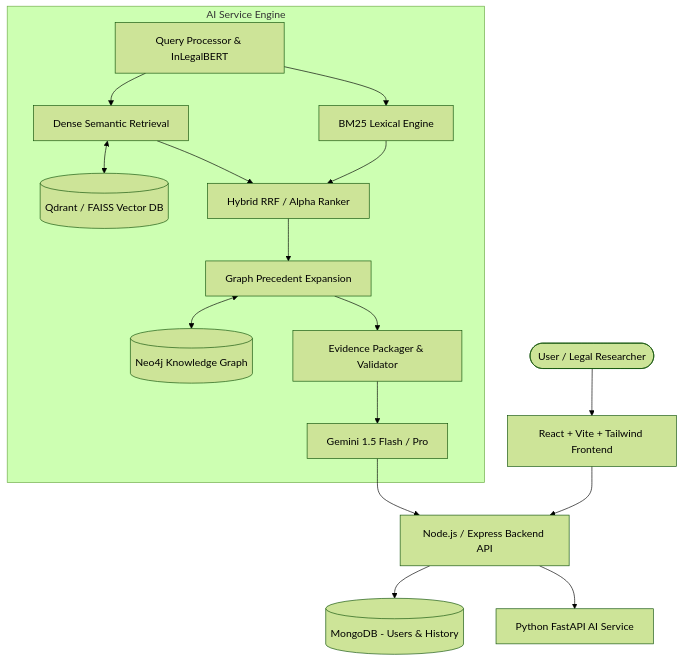
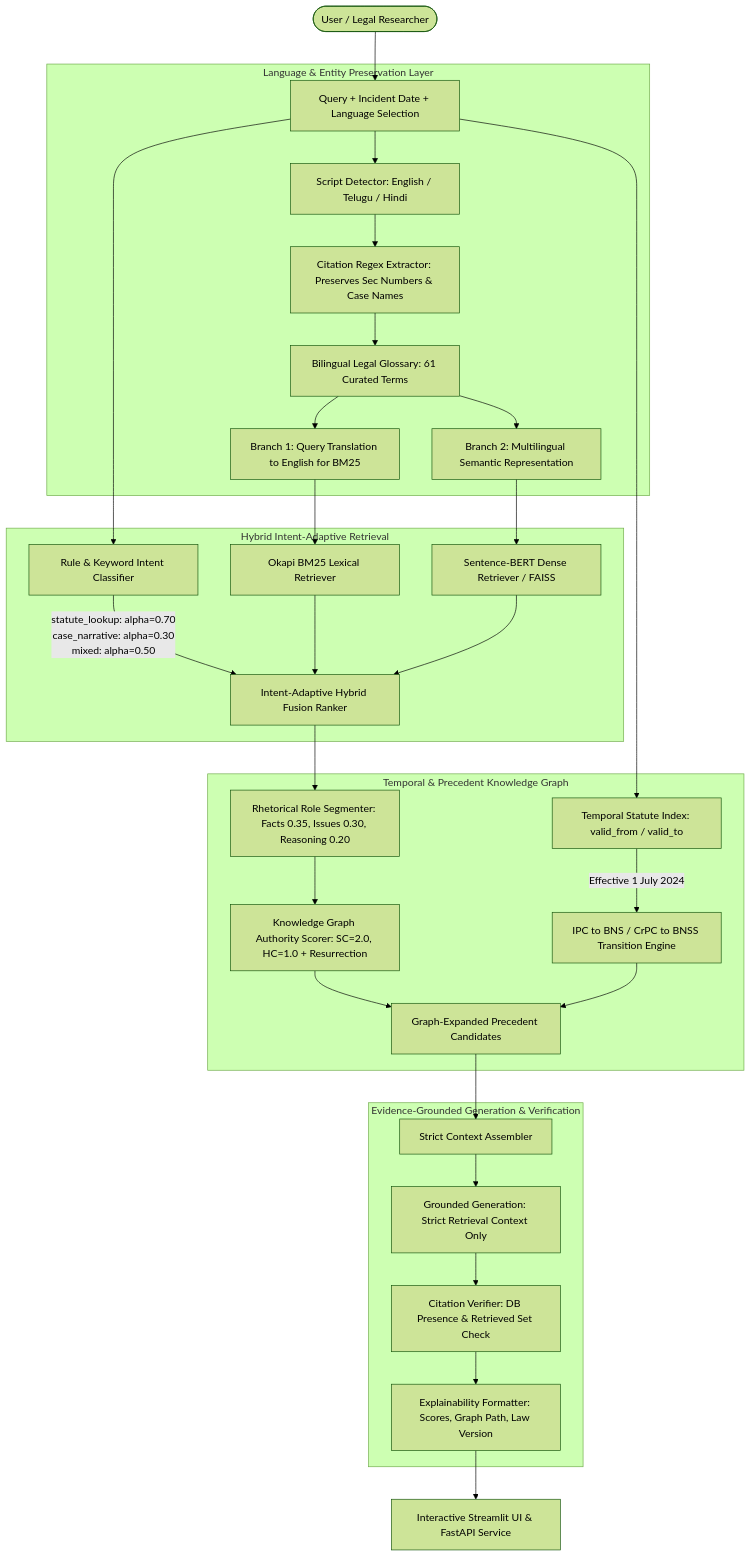
The diagram in README.md (VempatiBalaVeerabhadram/NyayaAI), drawn with Mermaid (forest theme) before and after one commit. The commit also changed other lines of this file and 1 other file, not shown here.

Commit message:
docs: finalize Phase 9 README, architecture diagram, and empirical benchmark report

````diff
--- a/README.md
+++ b/README.md
@@ -26,30 +47,39 @@
 ```mermaid
-graph TD
-    User([User / Legal Researcher]) --> Frontend[React + Vite + Tailwind Frontend]
-    Frontend --> Backend[Node.js / Express Backend API]
-    Backend --> Mongo[(MongoDB - Users & History)]
-    Backend --> AIService[Python FastAPI AI Service]
+flowchart TD
+    User([User / Legal Researcher]) --> Input[Query + Incident Date + Language Selection]
     
-    subgraph AI Service Engine
-        QueryProc[Query Processor & InLegalBERT]
-        BM25Ret[BM25 Lexical Engine]
-        DenseRet[Dense Semantic Retrieval]
-        QdrantDB[(Qdrant / FAISS Vector DB)]
-        Neo4jKG[(Neo4j Knowledge Graph)]
-        HybridRank[Hybrid RRF / Alpha Ranker]
-        GraphExp[Graph Precedent Expansion]
-        RAGContext[Evidence Packager & Validator]
-        GeminiLLM[Gemini 1.5 Flash / Pro]
-        
-        QueryProc --> BM25Ret
-        QueryProc --> DenseRet
-        DenseRet <--> QdrantDB
-        BM25Ret & DenseRet --> HybridRank
-        HybridRank --> GraphExp
-        GraphExp <--> Neo4jKG
-        GraphExp --> RAGContext
-        RAGContext --> GeminiLLM
+    subgraph Language_Layer [Language & Entity Preservation Layer]
+        Input --> Detect[Script Detector: English / Telugu / Hindi]
+        Detect --> RegexExt[Citation Regex Extractor: Preserves Sec Numbers & Case Names]
+        RegexExt --> Glossary[Bilingual Legal Glossary: 61 Curated Terms]
+        Glossary --> Branch1[Branch 1: Query Translation to English for BM25]
+        Glossary --> Branch2[Branch 2: Multilingual Semantic Representation]
     end
-    
-    GeminiLLM --> Backend
+
+    subgraph Retrieval_Engine [Hybrid Intent-Adaptive Retrieval]
+        Branch1 --> BM25Engine[Okapi BM25 Lexical Retriever]
+        Branch2 --> DenseEngine[Sentence-BERT Dense Retriever / FAISS]
+        Input --> IntentClf[Rule & Keyword Intent Classifier]
+        IntentClf -->|statute_lookup: alpha=0.70<br>case_narrative: alpha=0.30<br>mixed: alpha=0.50| Fusion[Intent-Adaptive Hybrid Fusion Ranker]
+        BM25Engine --> Fusion
+        DenseEngine --> Fusion
+    end
+
+    subgraph Knowledge_Graph_Engine [Temporal & Precedent Knowledge Graph]
+        Fusion --> RoleSeg[Rhetorical Role Segmenter: Facts 0.35, Issues 0.30, Reasoning 0.20]
+        RoleSeg --> KGAuth[Knowledge Graph Authority Scorer: SC=2.0, HC=1.0 + Resurrection]
+        Input --> TempIdx[Temporal Statute Index: valid_from / valid_to]
+        TempIdx -->|Effective 1 July 2024| TransMap[IPC to BNS / CrPC to BNSS Transition Engine]
+        KGAuth --> GraphRank[Graph-Expanded Precedent Candidates]
+        TransMap --> GraphRank
+    end
+
+    subgraph Generation_Verification [Evidence-Grounded Generation & Verification]
+        GraphRank --> ContextPacker[Strict Context Assembler]
+        ContextPacker --> GeminiLLM[Grounded Generation: Strict Retrieval Context Only]
+        GeminiLLM --> CitationVerifier[Citation Verifier: DB Presence & Retrieved Set Check]
+        CitationVerifier --> OutputFormatter[Explainability Formatter: Scores, Graph Path, Law Version]
+    end
+
+    OutputFormatter --> StreamlitUI[Interactive Streamlit UI & FastAPI Service]
 ```
````
